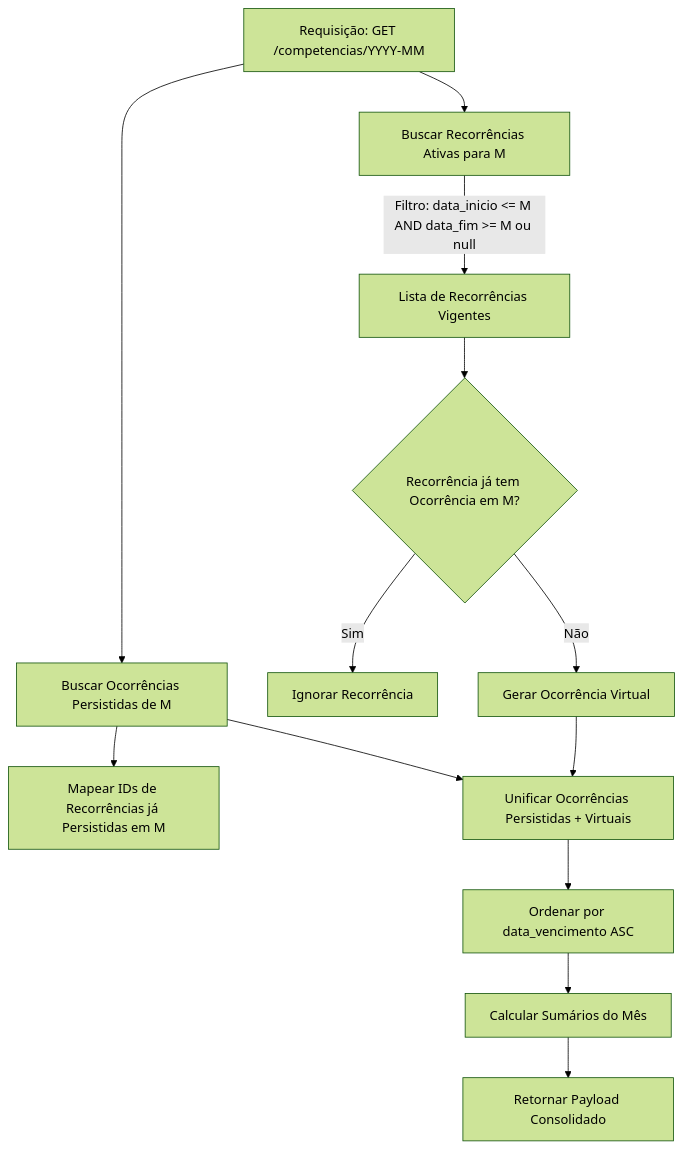
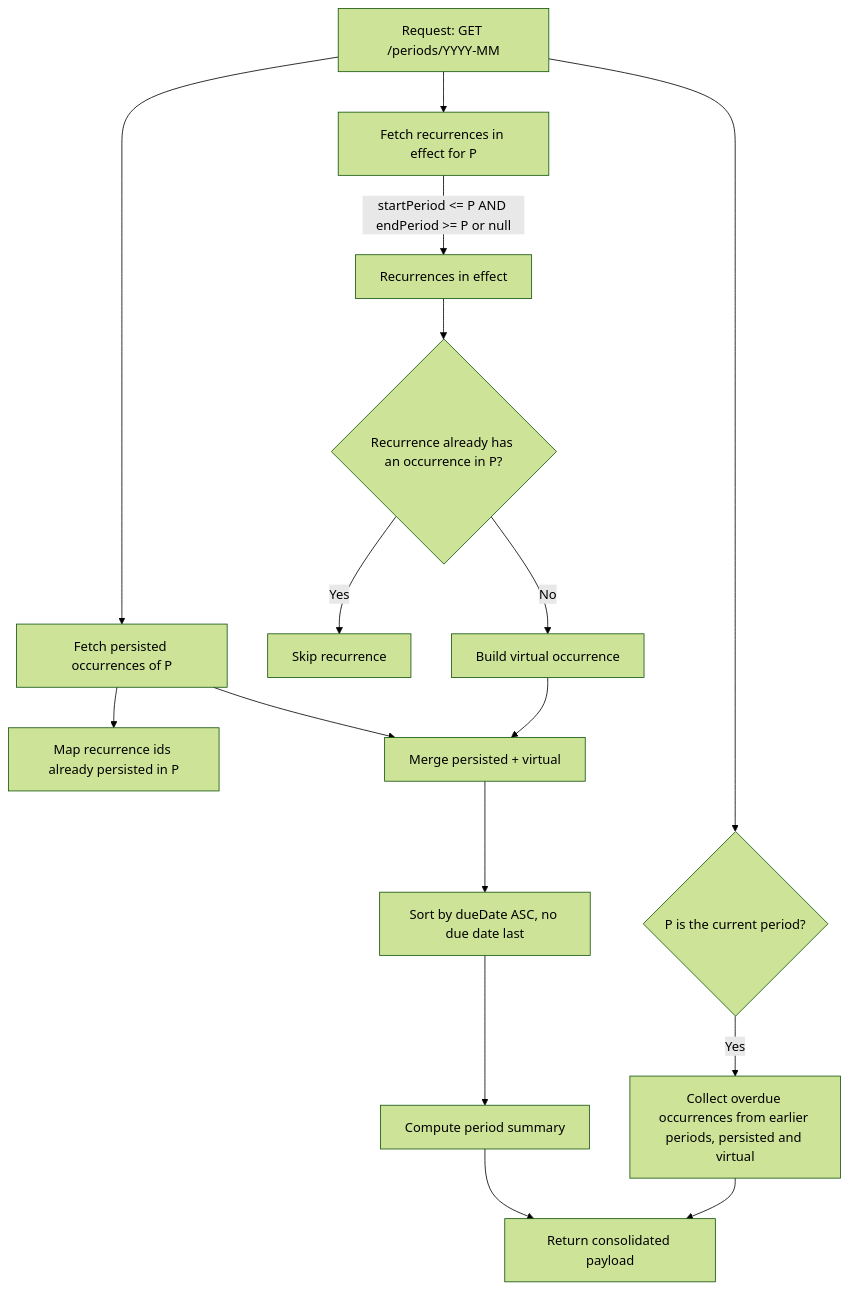
One commit to Donato-Informatica/mensal changed the diagram in docs/prd.md. Above: the diagram before and after it, drawn with Mermaid (forest theme). The commit also changed other lines of this file and 6 other files, not shown here.

````diff
--- a/docs/prd.md
+++ b/docs/prd.md
@@ -112,15 +143,18 @@
 ```mermaid
 flowchart TD
-    A[Requisição: GET /competencias/YYYY-MM] --> B[Buscar Ocorrências Persistidas de M]
-    A --> C[Buscar Recorrências Ativas para M]
-    C -->|Filtro: data_inicio <= M AND data_fim >= M ou null| D[Lista de Recorrências Vigentes]
-    B --> E[Mapear IDs de Recorrências já Persistidas em M]
-    D --> F{Recorrência já tem Ocorrência em M?}
-    F -- Sim --> G[Ignorar Recorrência]
-    F -- Não --> H[Gerar Ocorrência Virtual]
-    B --> I[Unificar Ocorrências Persistidas + Virtuais]
+    A[Request: GET /periods/YYYY-MM] --> B[Fetch persisted occurrences of P]
+    A --> C[Fetch recurrences in effect for P]
+    C -->|startPeriod <= P AND endPeriod >= P or null| D[Recurrences in effect]
+    B --> E[Map recurrence ids already persisted in P]
+    D --> F{Recurrence already has an occurrence in P?}
+    F -- Yes --> G[Skip recurrence]
+    F -- No --> H[Build virtual occurrence]
+    B --> I[Merge persisted + virtual]
     H --> I
-    I --> J[Ordenar por data_vencimento ASC]
-    J --> K[Calcular Sumários do Mês]
-    K --> L[Retornar Payload Consolidado]
+    I --> J[Sort by dueDate ASC, no due date last]
+    J --> K[Compute period summary]
+    A --> O{P is the current period?}
+    O -- Yes --> Q[Collect overdue occurrences from earlier periods, persisted and virtual]
+    K --> L[Return consolidated payload]
+    Q --> L
 ```
````
